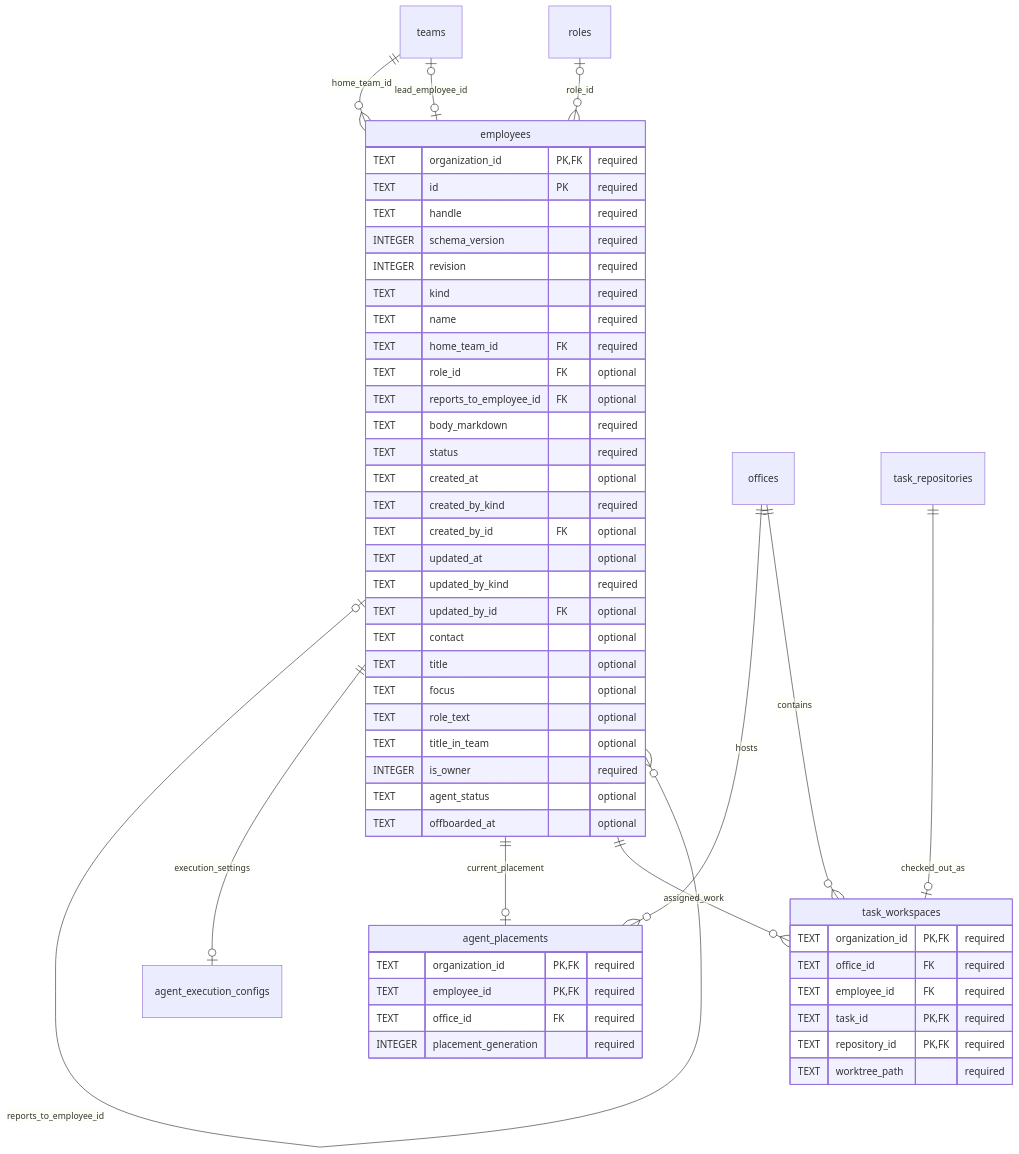
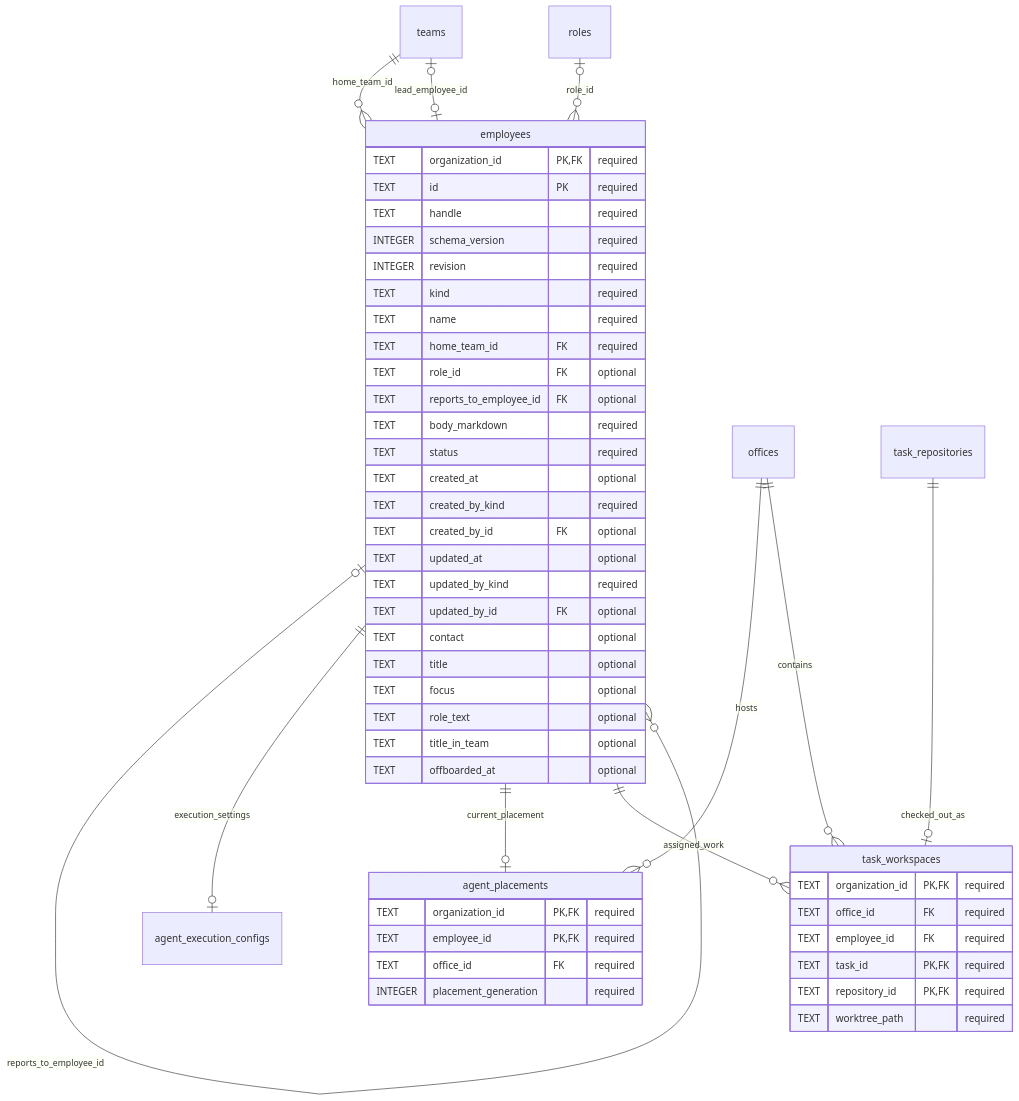
One commit to vgmello/agentic-org changed the diagram in docs/design/organization-data/04-agent-structure.md. Above: the diagram before and after it, drawn with Mermaid. The commit also changed other lines of this file and 49 other files, not shown here.

````diff
--- a/docs/design/organization-data/04-agent-structure.md
+++ b/docs/design/organization-data/04-agent-structure.md
@@ -7,55 +7,53 @@
 ```mermaid
 erDiagram
     teams ||--o{ employees : home_team_id
     teams o|--o| employees : lead_employee_id
     roles o|--o{ employees : role_id
     employees o|--o{ employees : reports_to_employee_id
     employees ||--o| agent_execution_configs : execution_settings
     employees ||--o| agent_placements : current_placement
     offices ||--o{ agent_placements : hosts
     employees ||--o{ task_workspaces : assigned_work
     offices ||--o{ task_workspaces : contains
     task_repositories ||--o| task_workspaces : checked_out_as
     employees {
         TEXT organization_id PK, FK "required"
         TEXT id PK "required"
         TEXT handle "required"
         INTEGER schema_version "required"
         INTEGER revision "required"
         TEXT kind "required"
         TEXT name "required"
         TEXT home_team_id FK "required"
         TEXT role_id FK "optional"
         TEXT reports_to_employee_id FK "optional"
         TEXT body_markdown "required"
         TEXT status "required"
         TEXT created_at "optional"
         TEXT created_by_kind "required"
         TEXT created_by_id FK "optional"
         TEXT updated_at "optional"
         TEXT updated_by_kind "required"
         TEXT updated_by_id FK "optional"
         TEXT contact "optional"
         TEXT title "optional"
         TEXT focus "optional"
         TEXT role_text "optional"
         TEXT title_in_team "optional"
-        INTEGER is_owner "required"
-        TEXT agent_status "optional"
         TEXT offboarded_at "optional"
     }
     agent_placements {
         TEXT organization_id PK, FK "required"
         TEXT employee_id PK, FK "required"
         TEXT office_id FK "required"
         INTEGER placement_generation "required"
     }
     task_workspaces {
         TEXT organization_id PK, FK "required"
         TEXT office_id FK "required"
         TEXT employee_id FK "required"
         TEXT task_id PK, FK "required"
         TEXT repository_id PK, FK "required"
         TEXT worktree_path "required"
     }
 ```
````
